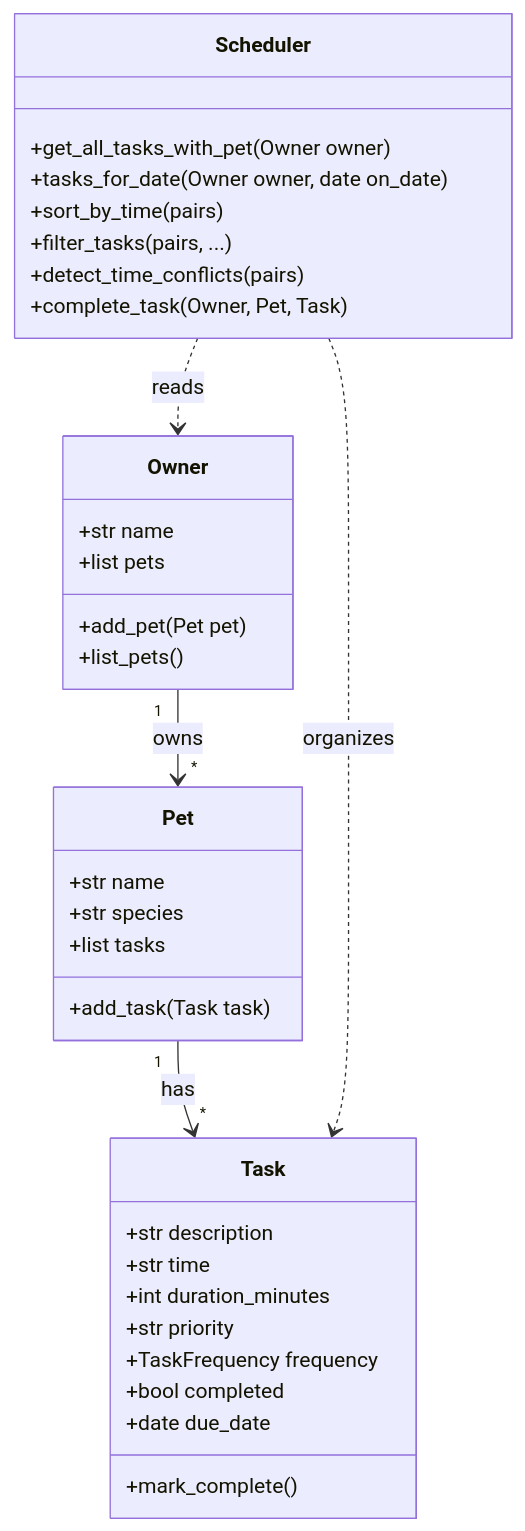
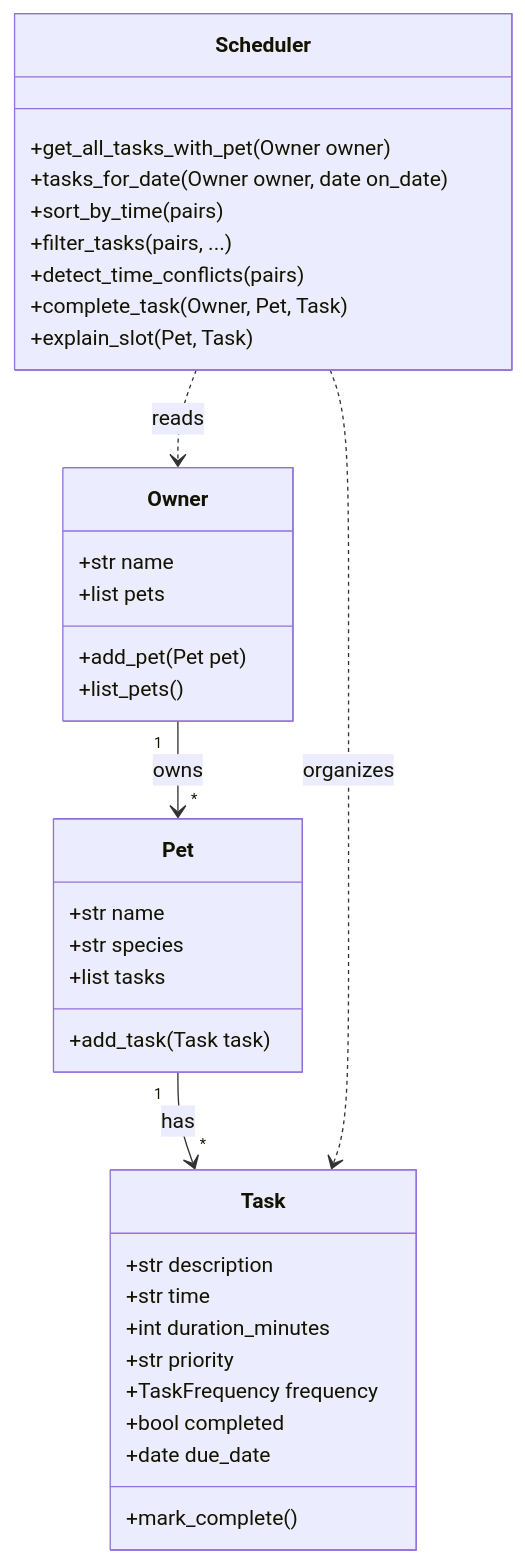
The diagram in README.md (K-Sqr/pawpal), drawn with Mermaid before and after one commit. The commit also changed other lines of this file and 2 other files, not shown here.

Commit message:
docs: finalize README, reflection, and UML diagram

````diff
--- a/README.md
+++ b/README.md
@@ -27,37 +27,38 @@
 ```mermaid
 classDiagram
     class Owner {
         +str name
         +list pets
         +add_pet(Pet pet)
         +list_pets()
     }
     class Pet {
         +str name
         +str species
         +list tasks
         +add_task(Task task)
     }
     class Task {
         +str description
         +str time
         +int duration_minutes
         +str priority
         +TaskFrequency frequency
         +bool completed
         +date due_date
         +mark_complete()
     }
     class Scheduler {
         +get_all_tasks_with_pet(Owner owner)
         +tasks_for_date(Owner owner, date on_date)
         +sort_by_time(pairs)
         +filter_tasks(pairs, ...)
         +detect_time_conflicts(pairs)
         +complete_task(Owner, Pet, Task)
+        +explain_slot(Pet, Task)
     }
     Owner "1" --> "*" Pet : owns
     Pet "1" --> "*" Task : has
     Scheduler ..> Owner : reads
     Scheduler ..> Task : organizes
 ```
````
